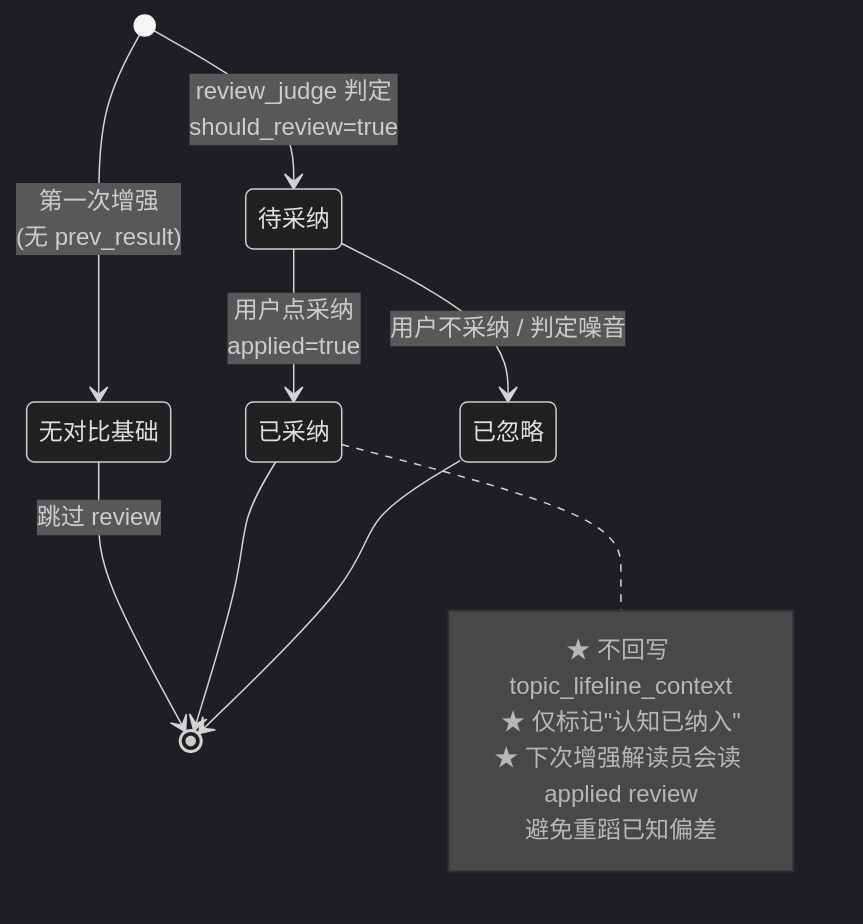
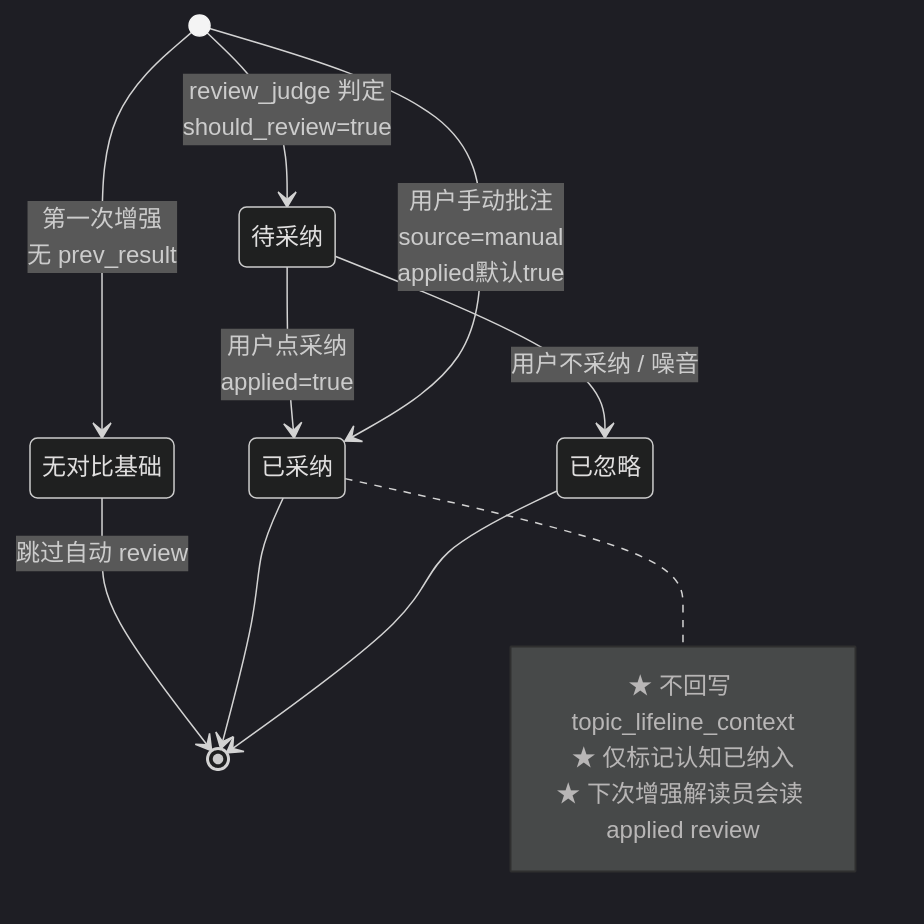
The fifth of 6 diagrams in openspec/changes/data-enrichment-orchestration/overview.md (ZanebonoAlter/my-robot), drawn with Mermaid (dark theme) before and after one commit. The commit also changed other lines of this file and 20 other files, not shown here.

````diff
--- a/openspec/changes/data-enrichment-orchestration/overview.md
+++ b/openspec/changes/data-enrichment-orchestration/overview.md
@@ -184,18 +184,19 @@
 ```mermaid
 stateDiagram-v2
-    [*] --> 无对比基础 : 第一次增强<br/>(无 prev_result)
-    无对比基础 --> [*] : 跳过 review
+    [*] --> 无对比基础 : 第一次增强<br/>无 prev_result
+    无对比基础 --> [*] : 跳过自动 review
 
     [*] --> 待采纳 : review_judge 判定<br/>should_review=true
     待采纳 --> 已采纳 : 用户点采纳<br/>applied=true
-    待采纳 --> 已忽略 : 用户不采纳 / 判定噪音
+    待采纳 --> 已忽略 : 用户不采纳 / 噪音
+
+    [*] --> 已采纳 : 用户手动批注<br/>source=manual<br/>applied默认true
     已采纳 --> [*]
     已忽略 --> [*]
 
     note right of 已采纳
         ★ 不回写 topic_lifeline_context
-        ★ 仅标记"认知已纳入"
+        ★ 仅标记认知已纳入
         ★ 下次增强解读员会读 applied review
-          避免重蹈已知偏差
     end note
 ```
````
